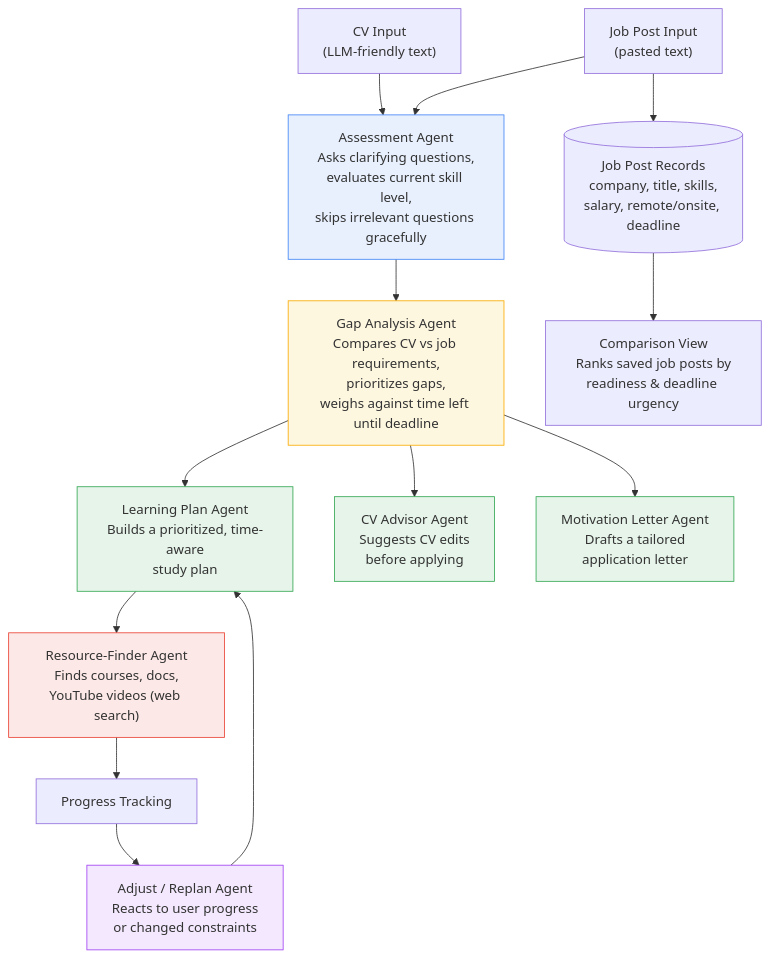
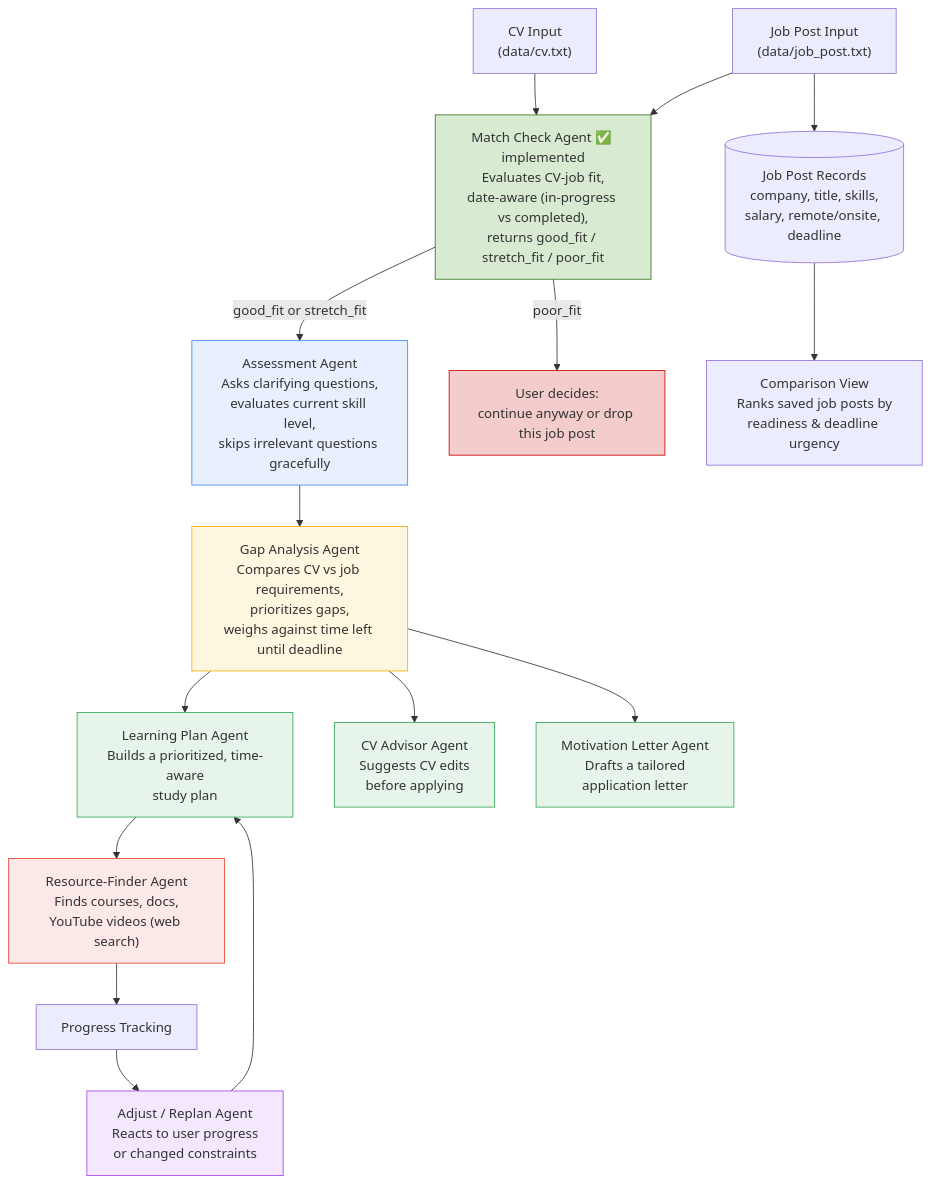
Before and after one commit to kvalge/job-preparation-multiagent-ai: the diagram in README.md, drawn with Mermaid. The commit also changed other lines of this file and 8 other files, not shown here.

First line of the commit message:
feat: add CV-job fit check agent, file-based input, and utils package

````diff
--- a/README.md
+++ b/README.md
@@ -13,33 +13,40 @@
 ```mermaid
 flowchart TD
-    CV["CV Input\n(LLM-friendly text)"]
-    JOB["Job Post Input\n(pasted text)"]
+    CV["CV Input\n(data/cv.txt)"]
+    JOB["Job Post Input\n(data/job_post.txt)"]
 
-    CV --> ASSESS
-    JOB --> ASSESS
+    CV --> MATCH
+    JOB --> MATCH
+
+    MATCH["Match Check Agent ✅ implemented\nEvaluates CV-job fit,\ndate-aware (in-progress vs completed),\nreturns good_fit / stretch_fit / poor_fit"]
+
+    MATCH -->|good_fit or stretch_fit| ASSESS
+    MATCH -->|poor_fit| STOP["User decides:\ncontinue anyway or drop this job post"]
 
     ASSESS["Assessment Agent\nAsks clarifying questions,\nevaluates current skill level,\nskips irrelevant questions gracefully"]
 
     ASSESS --> GAP["Gap Analysis Agent\nCompares CV vs job requirements,\nprioritizes gaps,\nweighs against time left until deadline"]
 
     GAP --> PLAN["Learning Plan Agent\nBuilds a prioritized, time-aware\nstudy plan"]
     GAP --> CVADV["CV Advisor Agent\nSuggests CV edits\nbefore applying"]
     GAP --> LETTER["Motivation Letter Agent\nDrafts a tailored\napplication letter"]
 
     PLAN --> FIND["Resource-Finder Agent\nFinds courses, docs,\nYouTube videos (web search)"]
 
     FIND --> PROGRESS["Progress Tracking"]
     PROGRESS --> ADJUST["Adjust / Replan Agent\nReacts to user progress\nor changed constraints"]
     ADJUST --> PLAN
 
     JOB --> STORE[("Job Post Records\ncompany, title, skills,\nsalary, remote/onsite, deadline")]
     STORE --> COMPARE["Comparison View\nRanks saved job posts by\nreadiness & deadline urgency"]
 
+    style MATCH fill:#d9ead3,stroke:#38761d
+    style STOP fill:#f4cccc,stroke:#cc0000
     style ASSESS fill:#e8f0fe,stroke:#4285f4
     style GAP fill:#fef7e0,stroke:#f9ab00
     style PLAN fill:#e6f4ea,stroke:#34a853
     style CVADV fill:#e6f4ea,stroke:#34a853
     style LETTER fill:#e6f4ea,stroke:#34a853
     style FIND fill:#fce8e6,stroke:#ea4335
     style ADJUST fill:#f3e8fd,stroke:#a142f4
 ```
````
